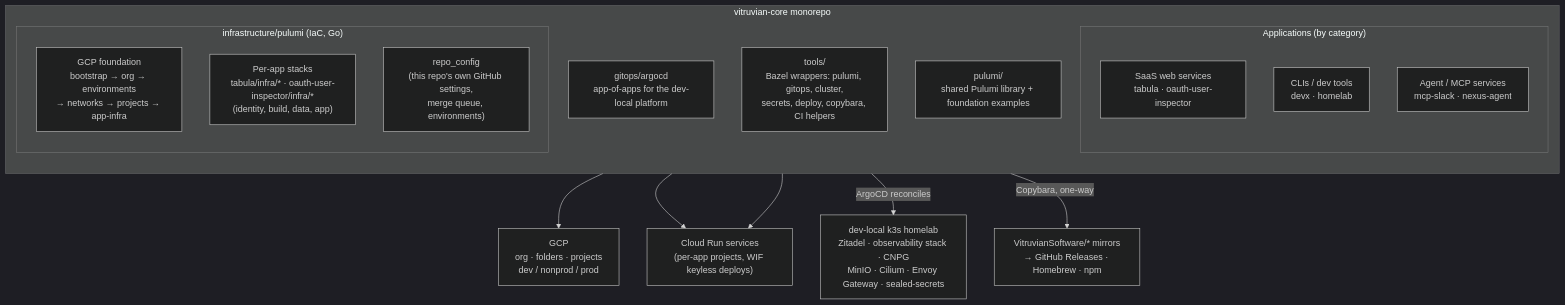
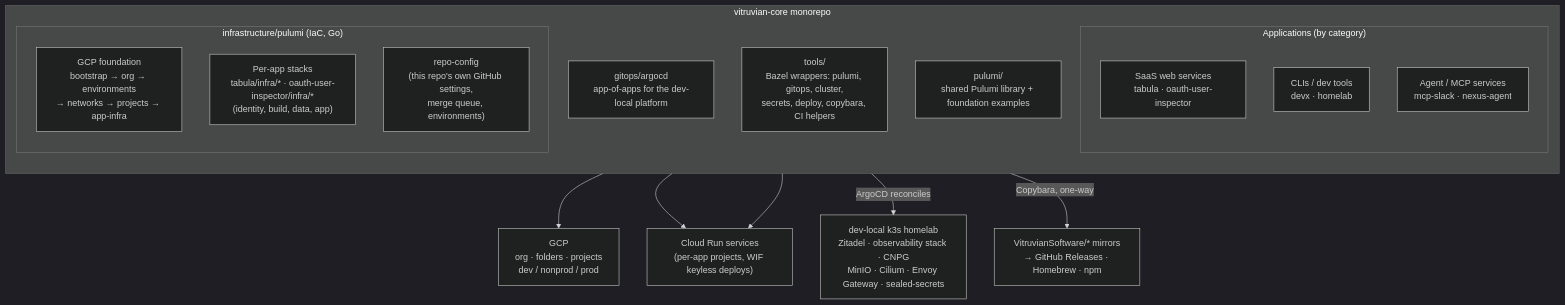
Before and after one commit to VitruvianSoftware/vitruvian-core: the first of 3 diagrams in docs/concepts/monorepo-architecture.md, drawn with Mermaid (dark theme). The commit also changed other lines of this file and 301 other files, not shown here.

````diff
--- a/docs/concepts/monorepo-architecture.md
+++ b/docs/concepts/monorepo-architecture.md
@@ -11,25 +11,25 @@
 ```mermaid
 flowchart TB
     subgraph mono["vitruvian-core monorepo"]
         direction TB
         subgraph appsg["Applications (by category)"]
             saas["SaaS web services<br/>tabula · oauth-user-inspector"]
             clis["CLIs / dev tools<br/>devx · homelab"]
             agents["Agent / MCP services<br/>mcp-slack · nexus-agent"]
         end
         subgraph infra["infrastructure/pulumi (IaC, Go)"]
             found["GCP foundation<br/>bootstrap → org → environments<br/>→ networks → projects → app-infra"]
             appstacks["Per-app stacks<br/>tabula/infra/* · oauth-user-inspector/infra/*<br/>(identity, build, data, app)"]
-            repocfg["repo_config<br/>(this repo's own GitHub settings,<br/>merge queue, environments)"]
+            repocfg["repo-config<br/>(this repo's own GitHub settings,<br/>merge queue, environments)"]
         end
         gitopsdir["gitops/argocd<br/>app-of-apps for the dev-local platform"]
         toolsdir["tools/<br/>Bazel wrappers: pulumi, gitops, cluster,<br/>secrets, deploy, copybara, CI helpers"]
         pulib["pulumi/<br/>shared Pulumi library + foundation examples"]
     end
 
     found --> gcp["GCP<br/>org · folders · projects<br/>dev / nonprod / prod"]
     appstacks --> run["Cloud Run services<br/>(per-app projects, WIF keyless deploys)"]
     gitopsdir -->|ArgoCD reconciles| lab["dev-local k3s homelab<br/>Zitadel · observability stack · CNPG<br/>MinIO · Cilium · Envoy Gateway · sealed-secrets"]
     saas --> run
     mono -->|Copybara, one-way| mirrors["VitruvianSoftware/* mirrors<br/>→ GitHub Releases · Homebrew · npm"]
 ```
````
